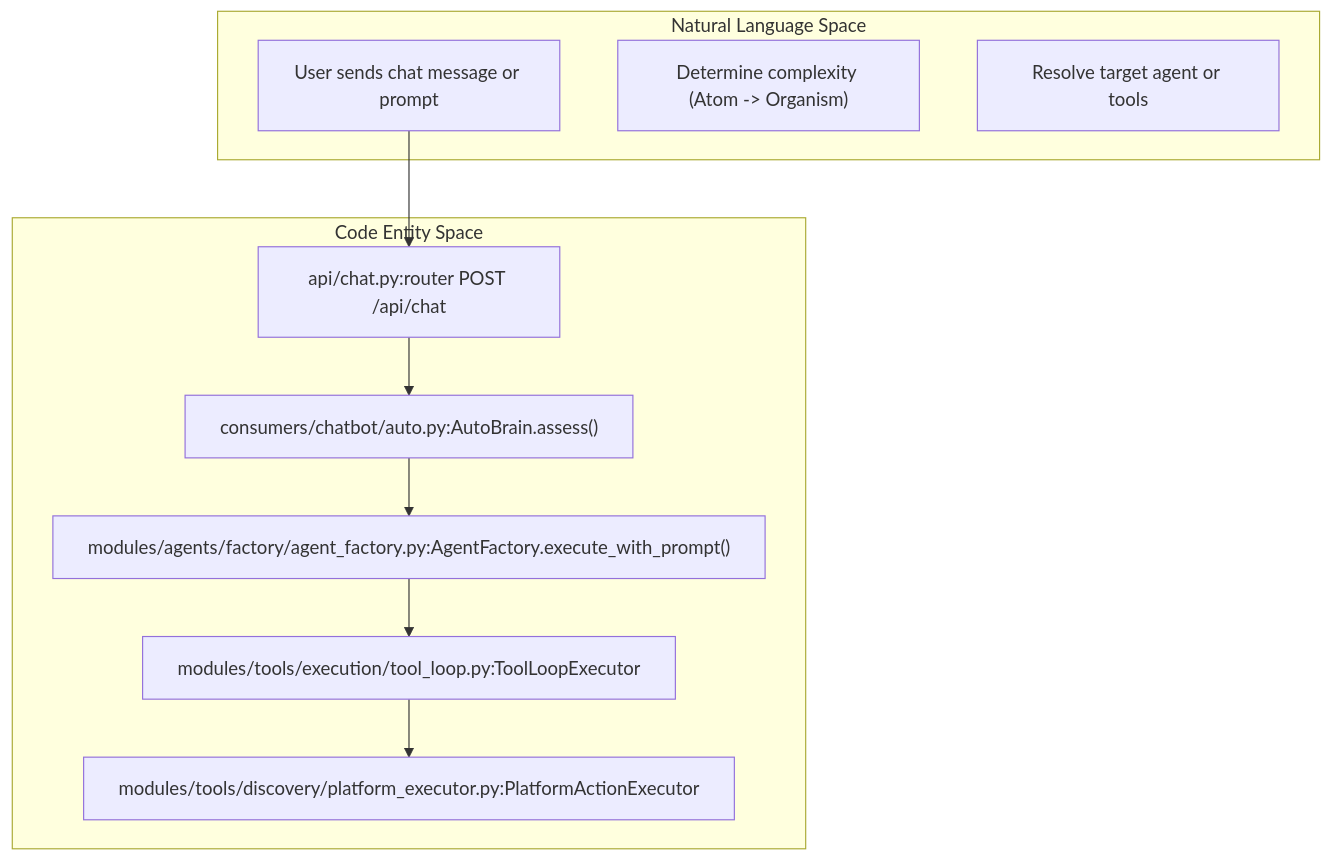
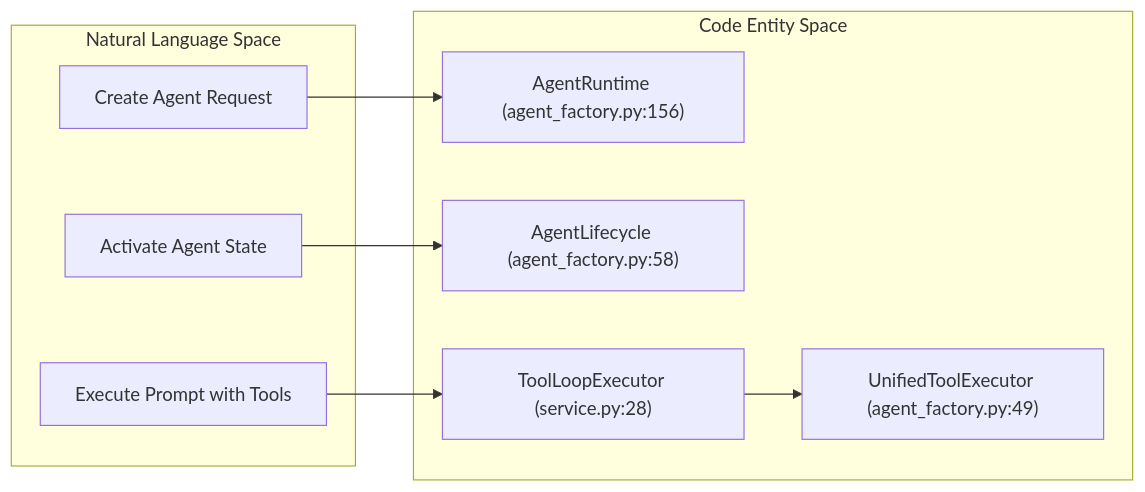
The third of 4 diagrams in docs/agents/agent-factory-runtime.md (AutomatosAI/automatos-ai), drawn with Mermaid before and after one commit. The commit also changed other lines of this file and 188 other files, not shown here.

First line of the commit message:
docs: refresh architecture docs and add coverage for new subsystems (#1416)

````diff
--- a/docs/agents/agent-factory-runtime.md
+++ b/docs/agents/agent-factory-runtime.md
@@ -143,22 +138,20 @@
 ```mermaid
-flowchart TD
-    subgraph NaturalLanguageSpace ["Natural Language Space"]
-        NL1["User sends chat message or prompt"]
-        NL2["Determine complexity (Atom -> Organism)"]
-        NL3["Resolve target agent or tools"]
+flowchart LR
+    subgraph NaturalLanguage ["Natural Language Space"]
+        Create["Create Agent Request"]
+        Activate["Activate Agent State"]
+        Execute["Execute Prompt with Tools"]
     end
 
-    subgraph CodeEntitySpace ["Code Entity Space"]
-        CE1["api/chat.py:router POST /api/chat"]
-        CE2["consumers/chatbot/auto.py:AutoBrain.assess()"]
-        CE3["modules/agents/factory/agent_factory.py:AgentFactory.execute_with_prompt()"]
-        CE4["modules/tools/execution/tool_loop.py:ToolLoopExecutor"]
-        CE5["modules/tools/discovery/platform_executor.py:PlatformActionExecutor"]
+    subgraph CodeSpace ["Code Entity Space"]
+        AgentRuntime["AgentRuntime (agent_factory.py:156)"]
+        AgentLifecycle["AgentLifecycle (agent_factory.py:58)"]
+        ToolLoopExecutor["ToolLoopExecutor (service.py:28)"]
+        UnifiedToolExecutor["UnifiedToolExecutor (agent_factory.py:49)"]
     end
 
-    NL1 --> CE1
-    CE1 --> CE2
-    CE2 --> CE3
-    CE3 --> CE4
-    CE4 --> CE5
+    Create --> AgentRuntime
+    Activate --> AgentLifecycle
+    Execute --> ToolLoopExecutor
+    ToolLoopExecutor --> UnifiedToolExecutor
 ```
````
